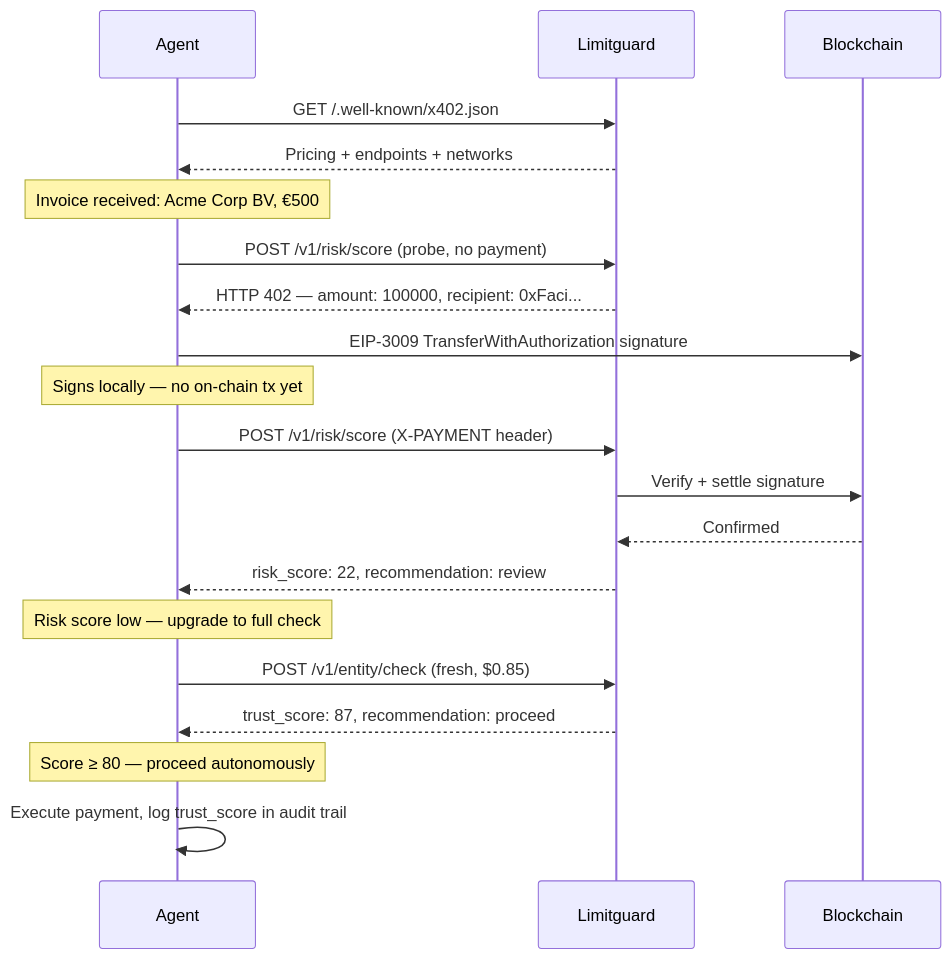
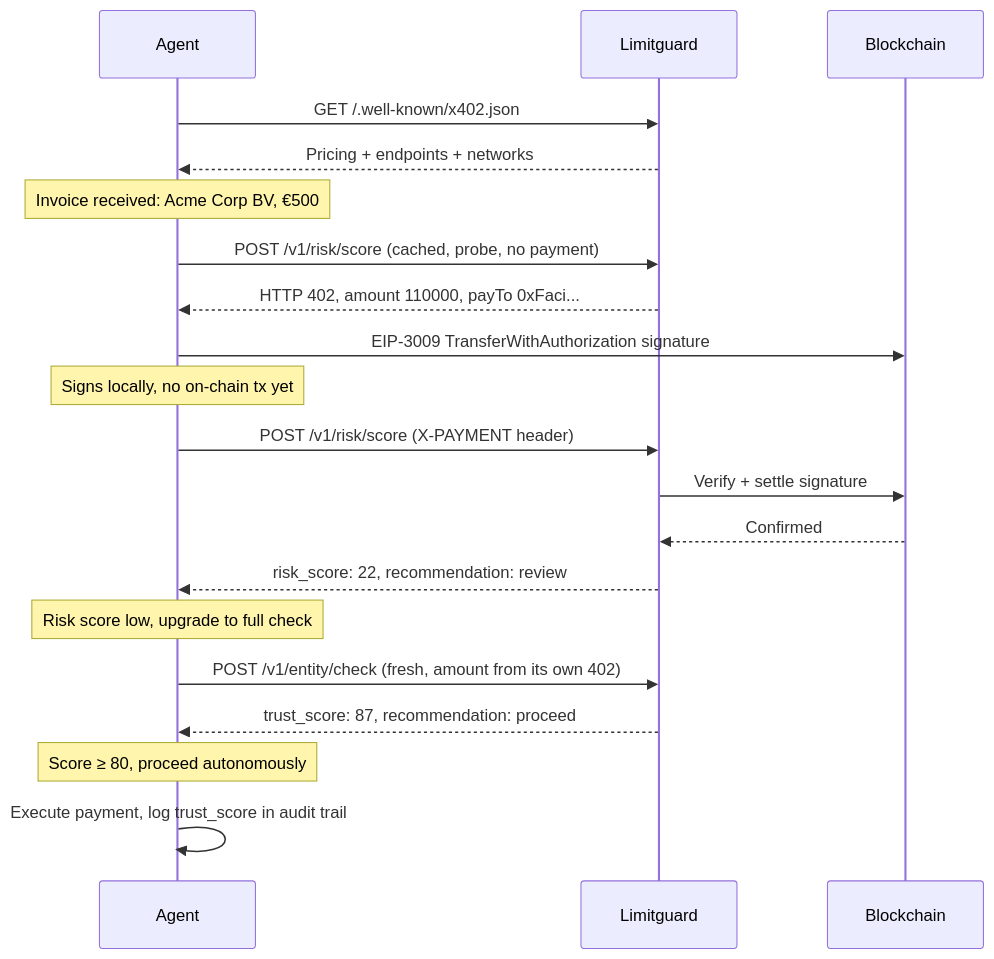
The diagram in guides/ai-agent-integration.mdx (jwconsultancyteam/limitguard-docs), drawn with Mermaid before and after one commit. The commit also changed other lines of this file and 16 other files, not shown here.

````diff
--- a/guides/ai-agent-integration.mdx
+++ b/guides/ai-agent-integration.mdx
@@ -894,30 +841,30 @@
 ```mermaid
 sequenceDiagram
     participant Agent
     participant Limitguard
     participant Blockchain
 
     Agent->>Limitguard: GET /.well-known/x402.json
     Limitguard-->>Agent: Pricing + endpoints + networks
 
     Note over Agent: Invoice received: Acme Corp BV, €500
 
-    Agent->>Limitguard: POST /v1/risk/score (probe, no payment)
-    Limitguard-->>Agent: HTTP 402 — amount: 100000, recipient: 0xFaci...
+    Agent->>Limitguard: POST /v1/risk/score (cached, probe, no payment)
+    Limitguard-->>Agent: HTTP 402, amount 110000, payTo 0xFaci...
 
     Agent->>Blockchain: EIP-3009 TransferWithAuthorization signature
-    Note over Agent: Signs locally — no on-chain tx yet
+    Note over Agent: Signs locally, no on-chain tx yet
 
     Agent->>Limitguard: POST /v1/risk/score (X-PAYMENT header)
     Limitguard->>Blockchain: Verify + settle signature
     Blockchain-->>Limitguard: Confirmed
     Limitguard-->>Agent: risk_score: 22, recommendation: review
 
-    Note over Agent: Risk score low — upgrade to full check
+    Note over Agent: Risk score low, upgrade to full check
 
-    Agent->>Limitguard: POST /v1/entity/check (fresh, $0.85)
+    Agent->>Limitguard: POST /v1/entity/check (fresh, amount from its own 402)
     Limitguard-->>Agent: trust_score: 87, recommendation: proceed
 
-    Note over Agent: Score ≥ 80 — proceed autonomously
+    Note over Agent: Score ≥ 80, proceed autonomously
     Agent->>Agent: Execute payment, log trust_score in audit trail
 ```
````
